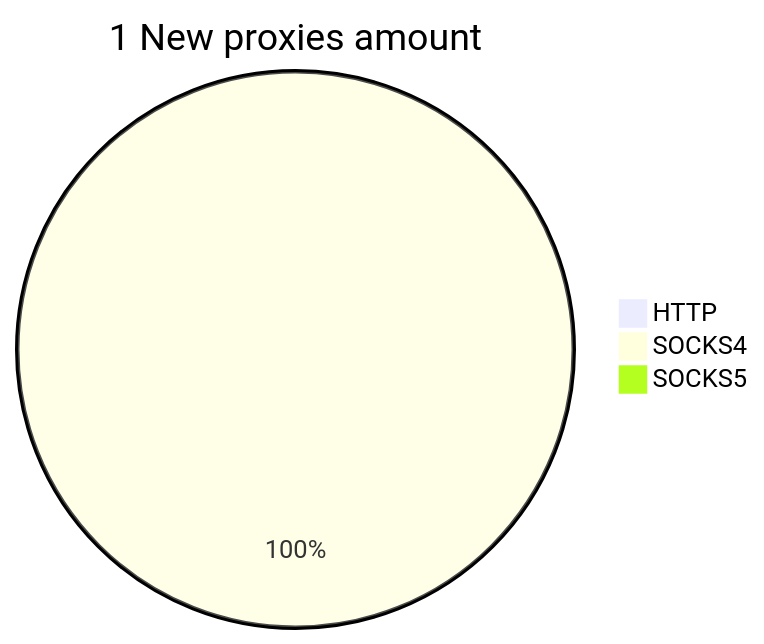
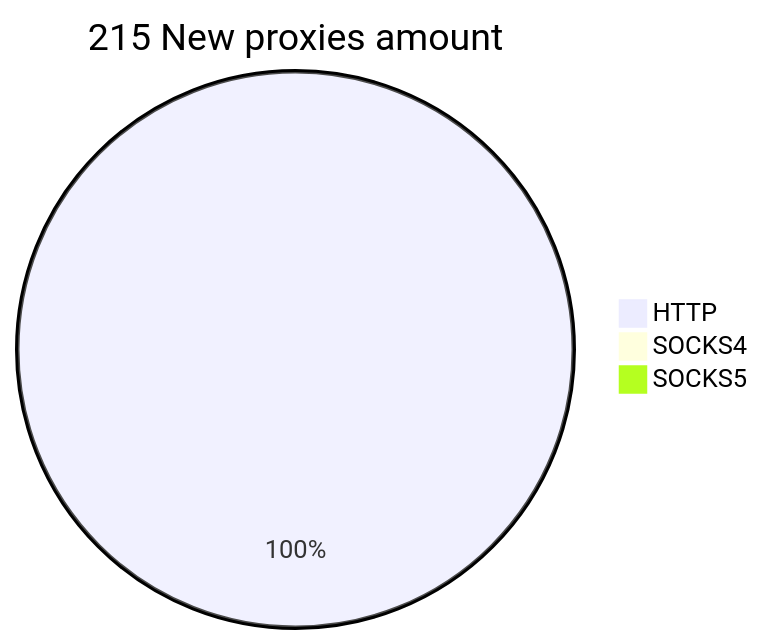
One commit to cutipu/proxylist changed the second of 2 diagrams in README.md. Above: the diagram before and after it, drawn with Mermaid. The commit also changed other lines of this file, not shown here.

````diff
--- a/README.md
+++ b/README.md
@@ -10,6 +10,6 @@
 ```mermaid
-pie title 1 New proxies amount
-    "HTTP" : 0
-    "SOCKS4" : 1
+pie title 215 New proxies amount
+    "HTTP" : 215
+    "SOCKS4" : 0
     "SOCKS5" : 0
 ```
````
